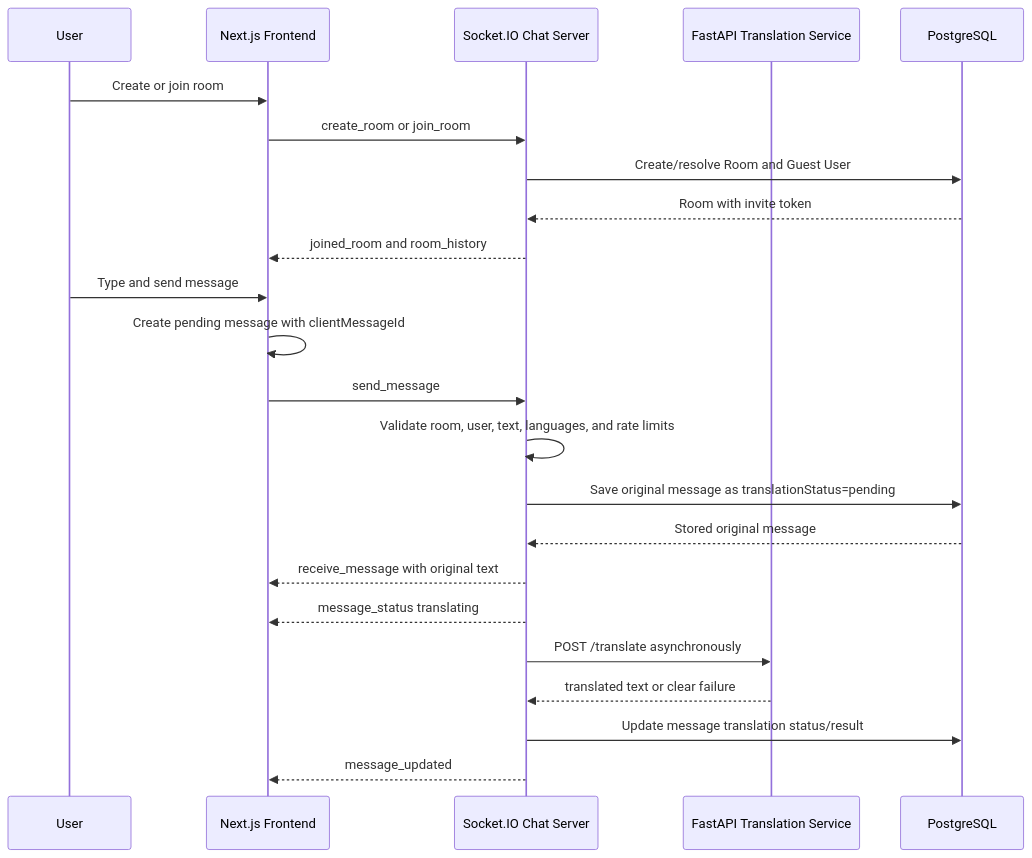
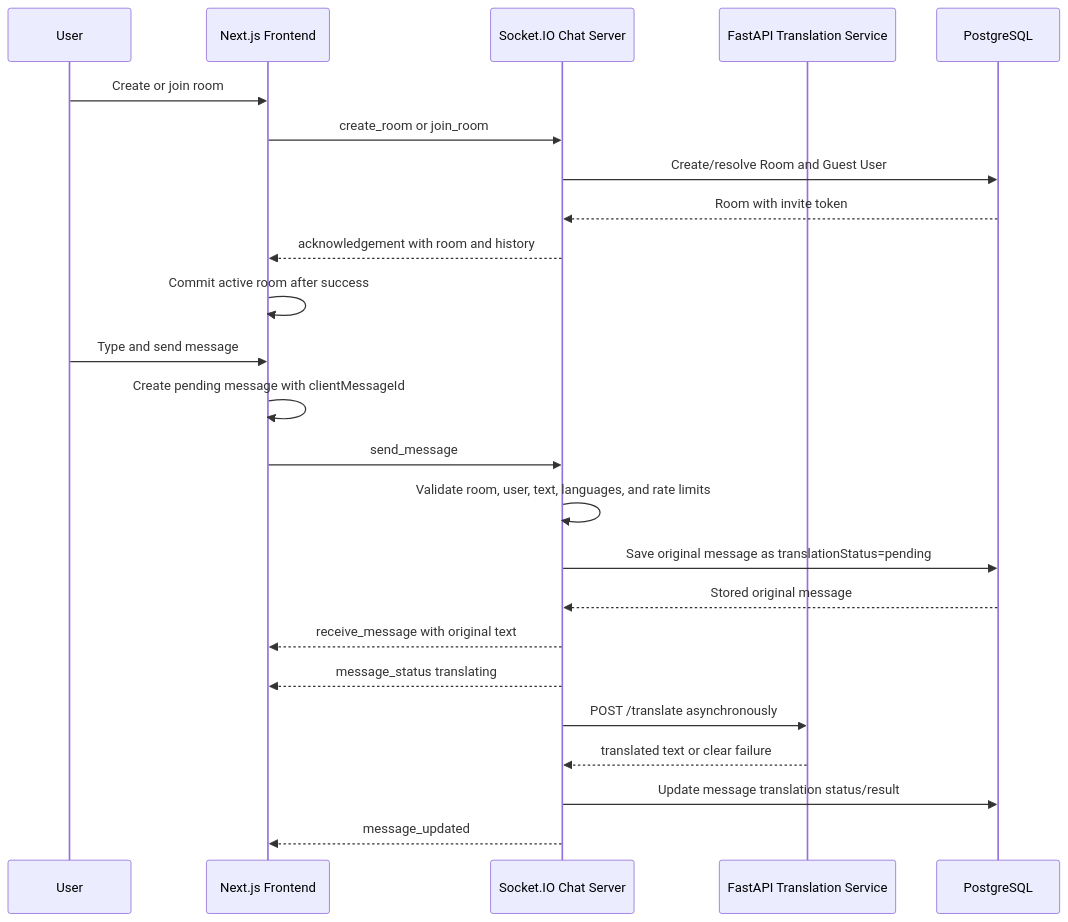
One commit to akitouemura-lab/trans-chat changed the second of 2 diagrams in README.md. Above: the diagram before and after it, drawn with Mermaid. The commit also changed other lines of this file and 6 other files, not shown here.

````diff
--- a/README.md
+++ b/README.md
@@ -228,26 +228,27 @@
 ```mermaid
 sequenceDiagram
     participant User
     participant Frontend as Next.js Frontend
     participant Socket as Socket.IO Chat Server
     participant Translate as FastAPI Translation Service
     participant DB as PostgreSQL
 
     User->>Frontend: Create or join room
     Frontend->>Socket: create_room or join_room
     Socket->>DB: Create/resolve Room and Guest User
     DB-->>Socket: Room with invite token
-    Socket-->>Frontend: joined_room and room_history
+    Socket-->>Frontend: acknowledgement with room and history
+    Frontend->>Frontend: Commit active room after success
     User->>Frontend: Type and send message
     Frontend->>Frontend: Create pending message with clientMessageId
     Frontend->>Socket: send_message
     Socket->>Socket: Validate room, user, text, languages, and rate limits
     Socket->>DB: Save original message as translationStatus=pending
     DB-->>Socket: Stored original message
     Socket-->>Frontend: receive_message with original text
     Socket-->>Frontend: message_status translating
     Socket->>Translate: POST /translate asynchronously
     Translate-->>Socket: translated text or clear failure
     Socket->>DB: Update message translation status/result
     Socket-->>Frontend: message_updated
 ```
````
